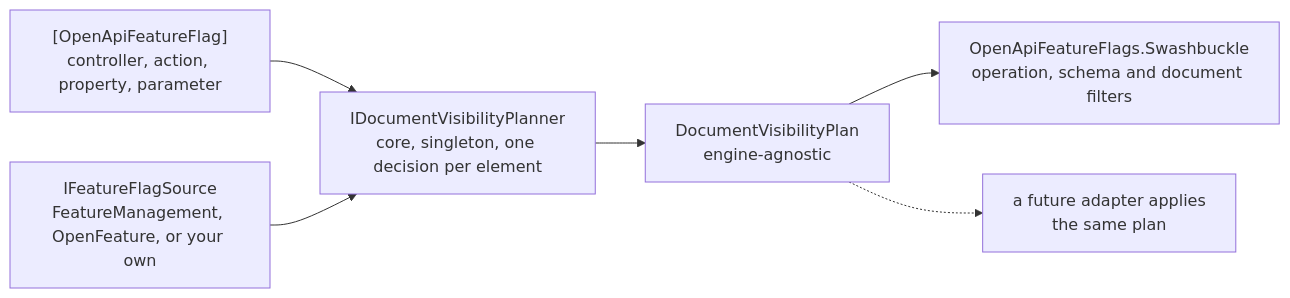
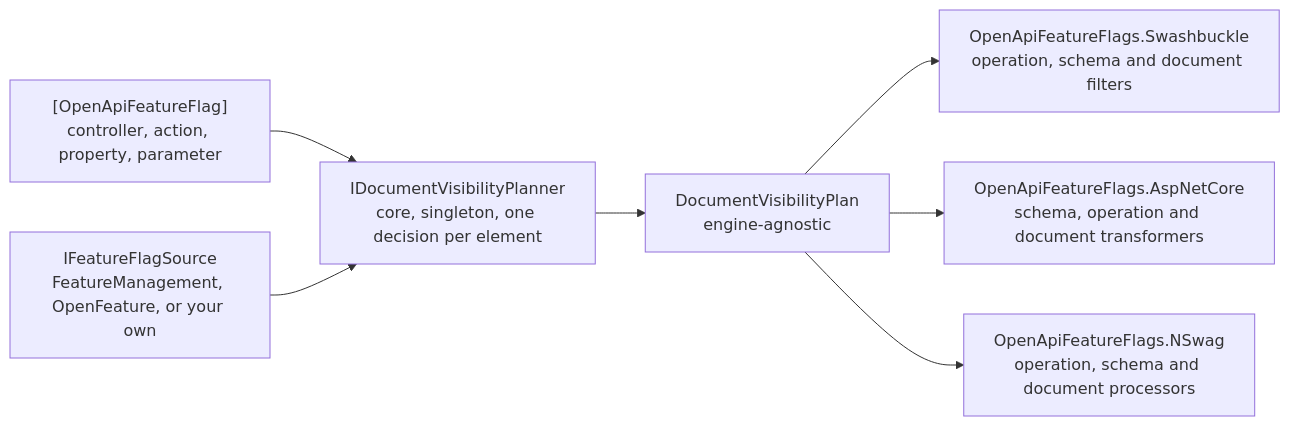
The diagram in docs/design.md (dogukandemir/OpenApiFeatureFlags), drawn with Mermaid before and after one commit. The commit also changed other lines of this file and 32 other files, not shown here.

First line of the commit message:
Add the NSwag adapter

````diff
--- a/docs/design.md
+++ b/docs/design.md
@@ -9,8 +9,9 @@
 ```mermaid
 flowchart LR
     Attribute["[OpenApiFeatureFlag]<br/>controller, action, property, parameter"] --> Planner
     Source["IFeatureFlagSource<br/>FeatureManagement, OpenFeature, or your own"] --> Planner
     Planner["IDocumentVisibilityPlanner<br/>core, singleton, one decision per element"] --> Plan
     Plan["DocumentVisibilityPlan<br/>engine-agnostic"] --> Adapter["OpenApiFeatureFlags.Swashbuckle<br/>operation, schema and document filters"]
-    Plan -.-> Future["a future adapter applies<br/>the same plan"]
+    Plan --> AspNetCore["OpenApiFeatureFlags.AspNetCore<br/>schema, operation and document transformers"]
+    Plan --> NSwag["OpenApiFeatureFlags.NSwag<br/>operation, schema and document processors"]
 ```
````
